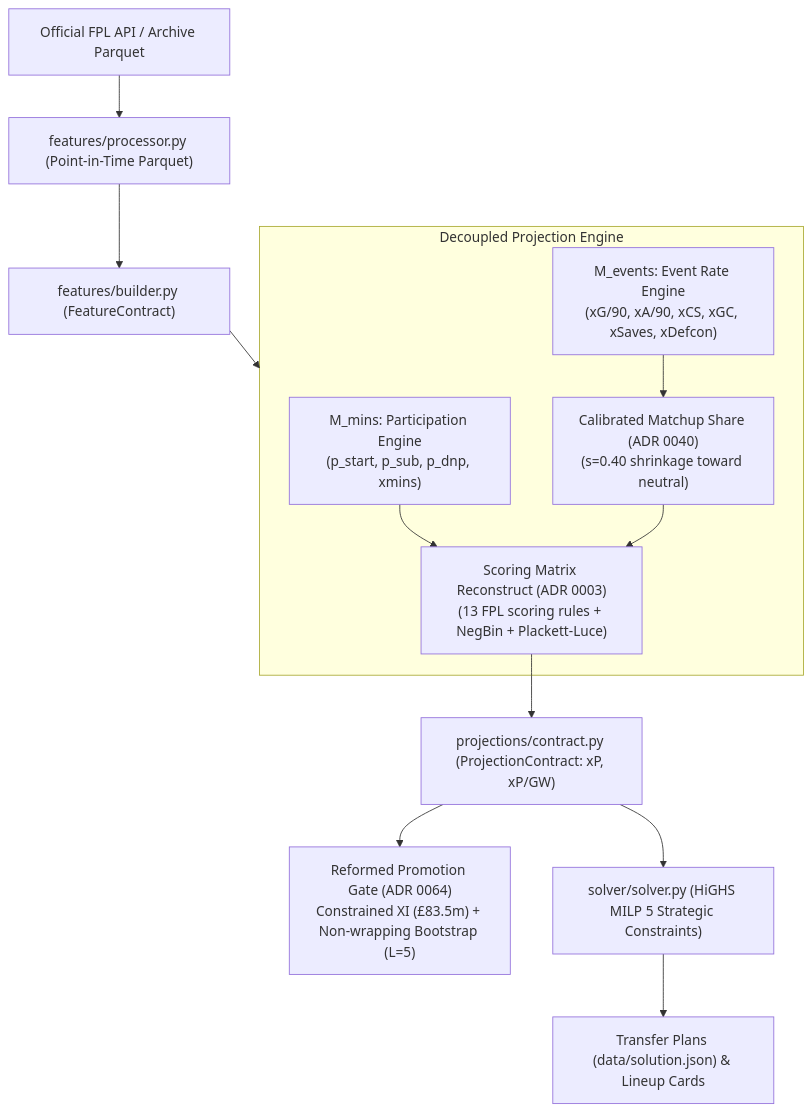
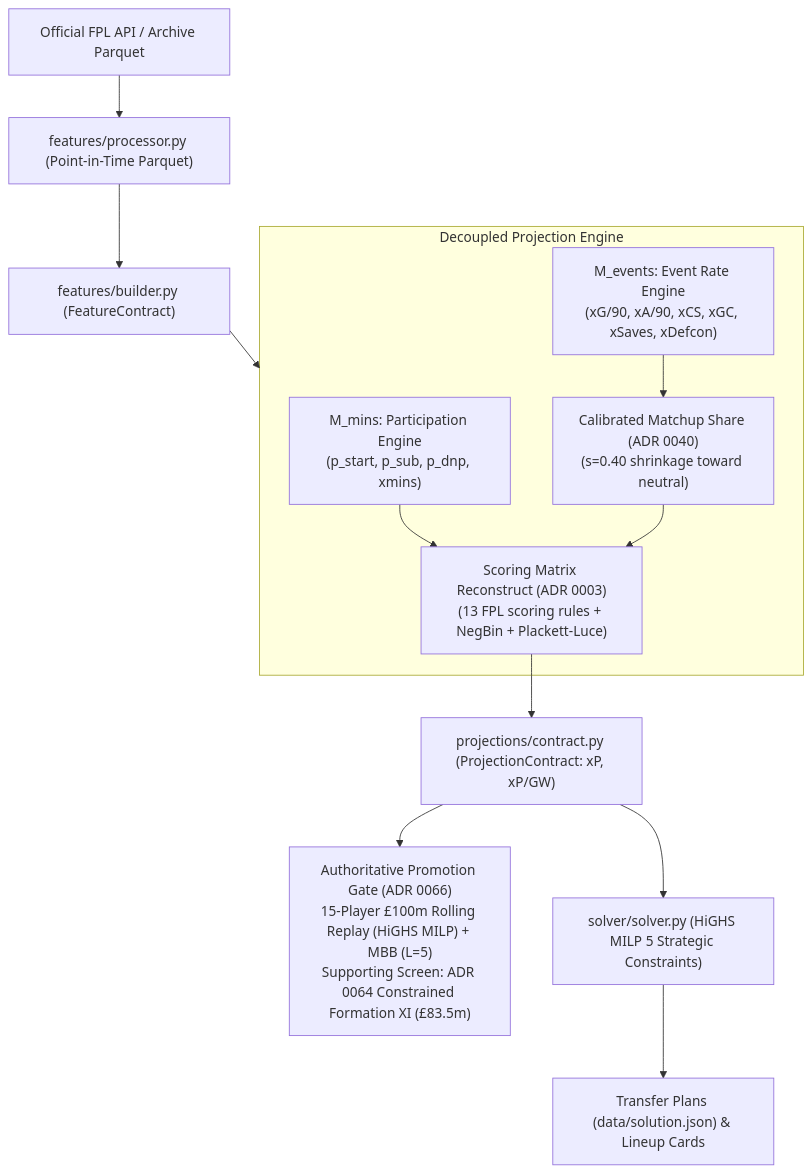
The diagram in docs/research/candidate-ideation/candidate_model_ideation_prompt.md (JubileeZ/fpl-jubilee-ascent), drawn with Mermaid before and after one commit. The commit also changed other lines of this file and 8 other files, not shown here.

````diff
--- a/docs/research/candidate-ideation/candidate_model_ideation_prompt.md
+++ b/docs/research/candidate-ideation/candidate_model_ideation_prompt.md
@@ -131,21 +163,21 @@
 ```mermaid
 flowchart TD
     API["Official FPL API / Archive Parquet"] --> Processor["features/processor.py (Point-in-Time Parquet)"]
     Processor --> Features["features/builder.py (FeatureContract)"]
     Features --> Decoupled["Decoupled Projection Architecture"]
     
     subgraph Decoupled ["Decoupled Projection Engine"]
         Mins["M_mins: Participation Engine\n(p_start, p_sub, p_dnp, xmins)"]
         Events["M_events: Event Rate Engine\n(xG/90, xA/90, xCS, xGC, xSaves, xDefcon)"]
         Matchup["Calibrated Matchup Share (ADR 0040)\n(s=0.40 shrinkage toward neutral)"]
         Matrix["Scoring Matrix Reconstruct (ADR 0003)\n(13 FPL scoring rules + NegBin + Plackett-Luce)"]
         
         Mins --> Matrix
         Events --> Matchup --> Matrix
     end
     
     Matrix --> Contract["projections/contract.py (ProjectionContract: xP, xP/GW)"]
-    Contract --> Gate["Reformed Promotion Gate (ADR 0064)\nConstrained XI (£83.5m) + Non-wrapping Bootstrap (L=5)"]
+    Contract --> Gate["Authoritative Promotion Gate (ADR 0066)\n15-Player £100m Rolling Replay (HiGHS MILP) + MBB (L=5)\nSupporting Screen: ADR 0064 Constrained Formation XI (£83.5m)"]
     Contract --> Solver["solver/solver.py (HiGHS MILP 5 Strategic Constraints)"]
     Solver --> Output["Transfer Plans (data/solution.json) & Lineup Cards"]
 ```
````
